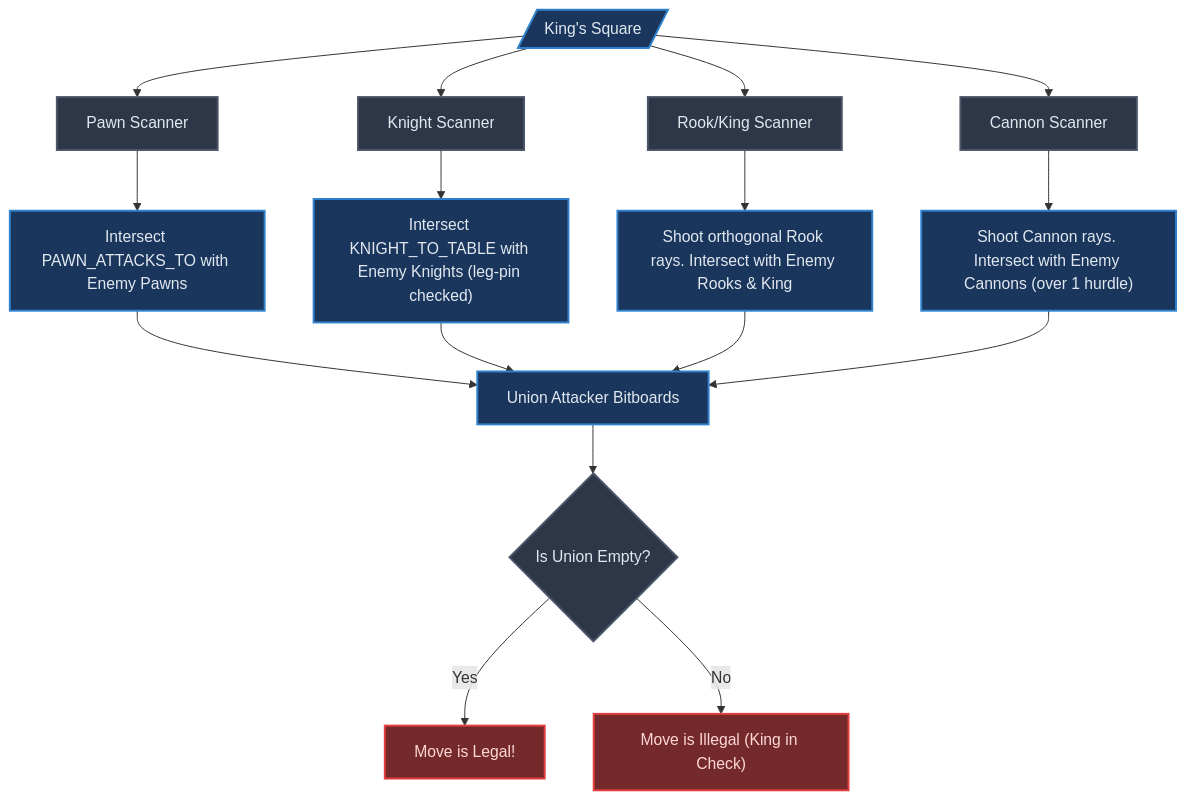
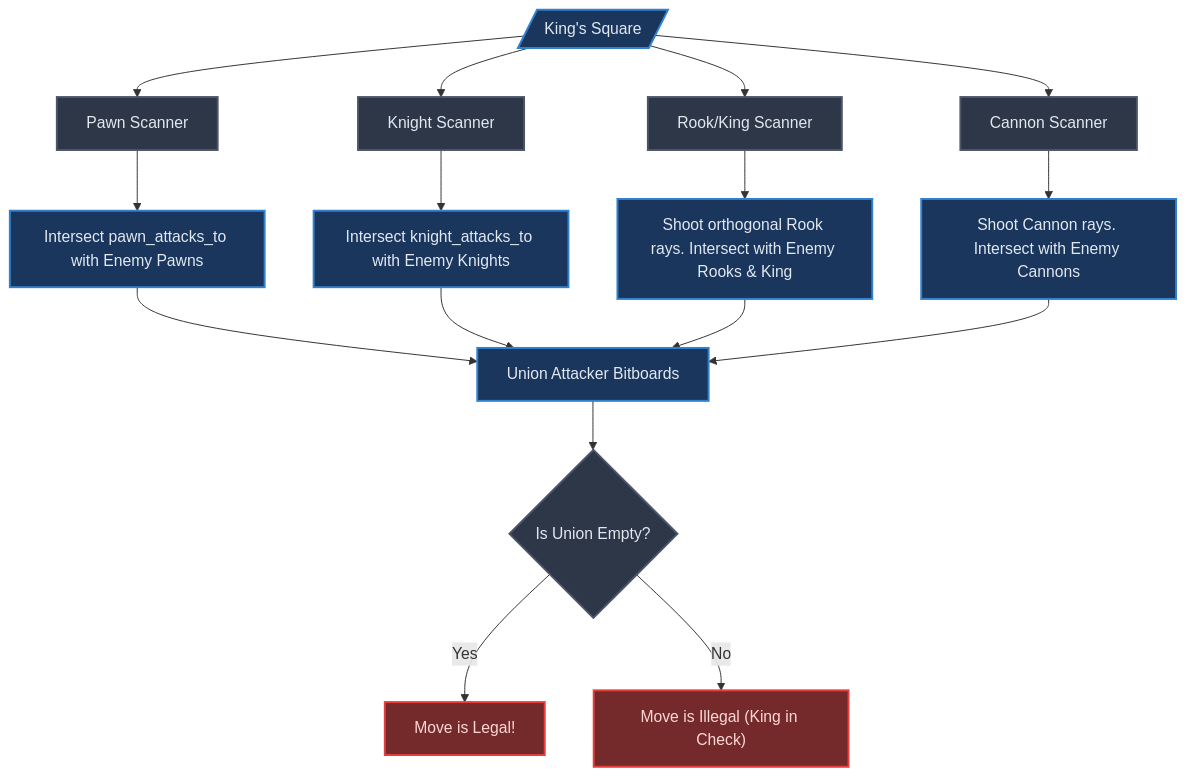
The third of 5 diagrams in DOCS.md (tuasananh/lingine), drawn with Mermaid before and after one commit. The commit also changed other lines of this file and 15 other files, not shown here.

````diff
--- a/DOCS.md
+++ b/DOCS.md
@@ -392,27 +392,27 @@
 ```mermaid
 graph TD
     %% Styling
     classDef scanner fill:#1A365D,stroke:#3182CE,stroke-width:2px,color:#E2E8F0;
     classDef check fill:#2D3748,stroke:#4A5568,stroke-width:2px,color:#E2E8F0;
     classDef attacker fill:#742A2A,stroke:#E53E3E,stroke-width:2px,color:#FED7D7;
 
     King[/"King's Square"/]:::scanner
 
     %% Scanners
     King --> ScanPawn["Pawn Scanner"]:::check
     King --> ScanKnight["Knight Scanner"]:::check
     King --> ScanRook["Rook/King Scanner"]:::check
     King --> ScanCannon["Cannon Scanner"]:::check
 
     %% Scanner Details
-    ScanPawn --> PawnTable["Intersect PAWN_ATTACKS_TO with Enemy Pawns"]:::scanner
-    ScanKnight --> KnightTable["Intersect KNIGHT_TO_TABLE with Enemy Knights (leg-pin checked)"]:::scanner
+    ScanPawn --> PawnTable["Intersect pawn_attacks_to with Enemy Pawns"]:::scanner
+    ScanKnight --> KnightTable["Intersect knight_attacks_to with Enemy Knights"]:::scanner
     ScanRook --> RookRays["Shoot orthogonal Rook rays. Intersect with Enemy Rooks & King"]:::scanner
-    ScanCannon --> CannonRays["Shoot Cannon rays. Intersect with Enemy Cannons (over 1 hurdle)"]:::scanner
+    ScanCannon --> CannonRays["Shoot Cannon rays. Intersect with Enemy Cannons"]:::scanner
 
     %% Final check
     PawnTable & KnightTable & RookRays & CannonRays --> Union["Union Attacker Bitboards"]:::scanner
     Union --> Result{"Is Union Empty?"}:::check
     Result -- Yes --> Legal["Move is Legal!"]:::attacker
     Result -- No --> Illegal["Move is Illegal (King in Check)"]:::attacker
 ```
````
